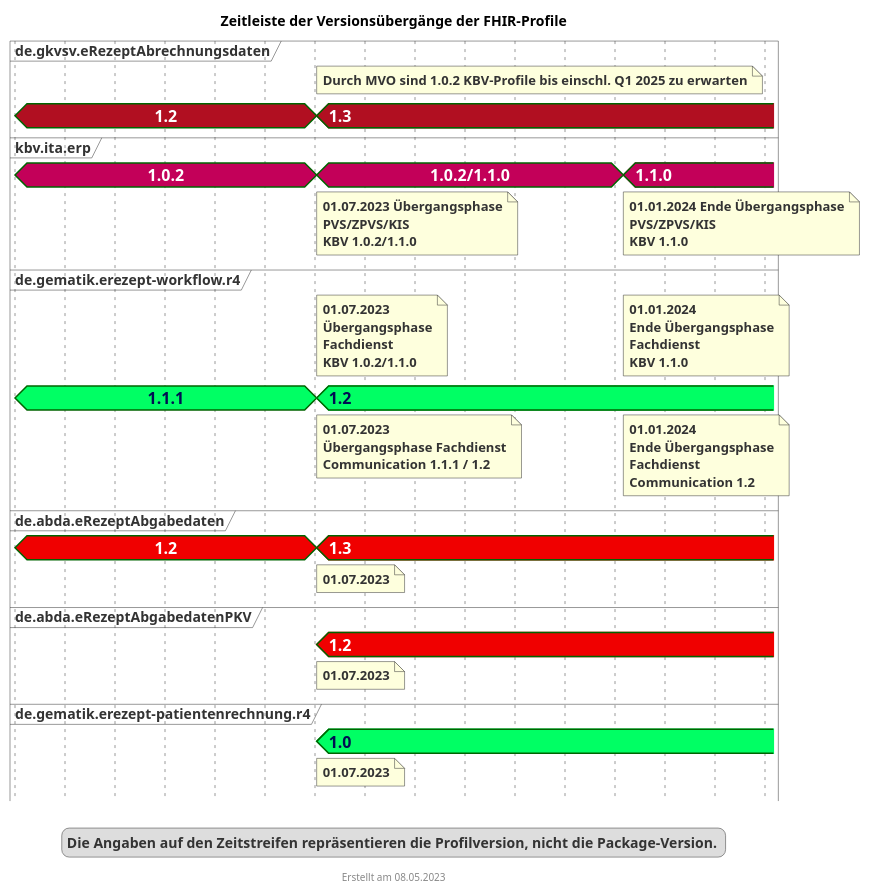
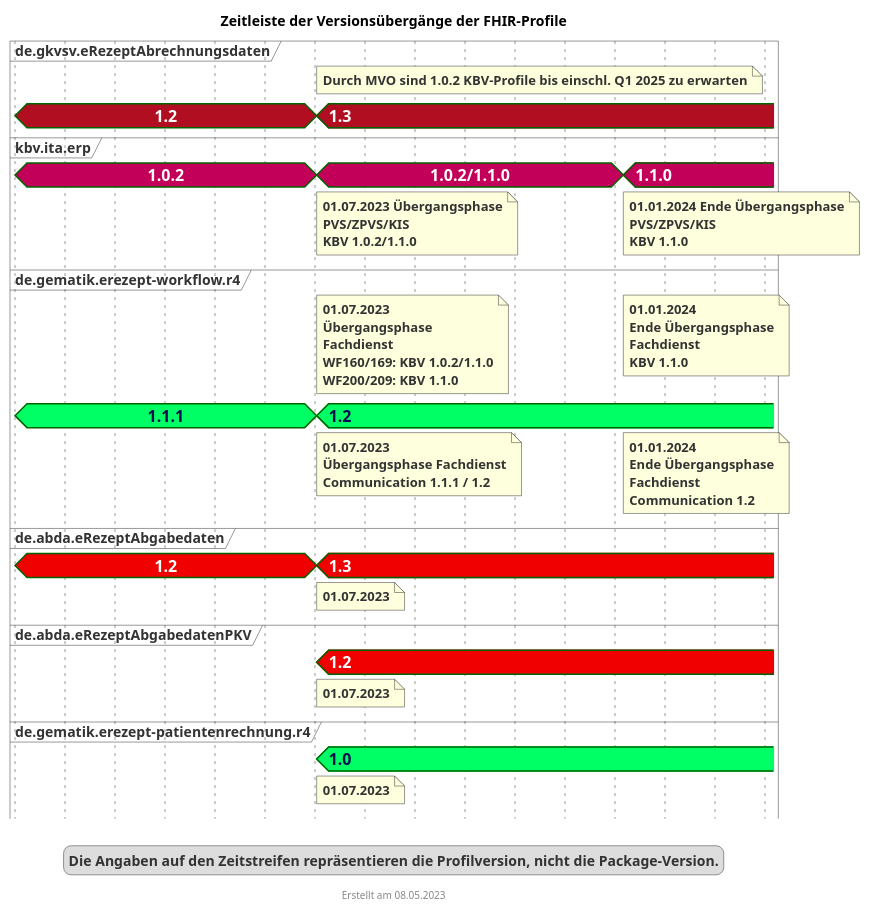
The diagram in puml/fhir_version_timeline.puml (gematik/api-erp), drawn with PlantUML before and after one commit. The commit also changed 1 other file, not shown here.

```diff
--- a/puml/fhir_version_timeline.puml
+++ b/puml/fhir_version_timeline.puml
@@ -1,79 +1,79 @@
 @startuml fhir_version_timeline
 <style>
 timingDiagram {
   .kbvcolor {
     FontColor #ffffff
     Fontsize 16
     FontStyle bold
     Backgroundcolor #c30059
   }
   .gematikcolor {
     FontColor #000e52
     Fontsize 16
     FontStyle bold
     Backgroundcolor #00ff64
   }
   .davcolor {
     FontColor #ffffff
     Fontsize 16
     FontStyle bold
     BackgroundColor #f00000
   }
   .gkvcolor {
     FontColor #ffffff
     Fontsize 16
     FontStyle bold
     BackgroundColor #b10f21
   }
 }
 </style>
 title Zeitleiste der Versionsübergänge der FHIR-Profile
 footer Erstellt am 08.05.2023
 
 
 concise "de.gkvsv.eRezeptAbrechnungsdaten" as GKV <<gkvcolor>>
 concise "kbv.ita.erp" as KBV <<kbvcolor>>
 concise "de.gematik.erezept-workflow.r4" as gematik <<gematikcolor>>
 concise "de.abda.eRezeptAbgabedaten" as DAV <<davcolor>>
 concise "de.abda.eRezeptAbgabedatenPKV" as PKV <<davcolor>>
 concise "de.gematik.erezept-patientenrechnung.r4" as gematikpkv <<gematikcolor>>
 
 
 '30 days is scaled to 50 pixels
 scale 2592000 as 50 pixels
 hide time-axis
 
 @2023/01/01
 GKV is 1.2
 KBV is 1.0.2
 DAV is 1.2
 gematik is 1.1.1
 
 @2023/07/01
 note bottom of KBV : 01.07.2023 Übergangsphase\nPVS/ZPVS/KIS\nKBV 1.0.2/1.1.0
 note bottom of PKV : 01.07.2023
-note top of gematik : 01.07.2023\nÜbergangsphase\nFachdienst\nKBV 1.0.2/1.1.0
+note top of gematik : 01.07.2023\nÜbergangsphase\nFachdienst\nWF160/169: KBV 1.0.2/1.1.0\nWF200/209: KBV 1.1.0
 note bottom of gematik : 01.07.2023\nÜbergangsphase Fachdienst\nCommunication 1.1.1 / 1.2
 note bottom of gematikpkv : 01.07.2023
 note bottom of DAV : 01.07.2023
 note top of GKV : Durch MVO sind 1.0.2 KBV-Profile bis einschl. Q1 2025 zu erwarten
 KBV is "1.0.2/1.1.0"
 gematik is 1.2
 gematikpkv is 1.0
 DAV is 1.3
 PKV is 1.2
 GKV is 1.3
 
 @2024/01/01
 note bottom of KBV : 01.01.2024 Ende Übergangsphase\nPVS/ZPVS/KIS\nKBV 1.1.0
 note top of gematik : 01.01.2024\nEnde Übergangsphase\nFachdienst\nKBV 1.1.0
 note bottom of gematik : 01.01.2024\nEnde Übergangsphase\nFachdienst\nCommunication 1.2
 KBV is 1.1.0
 
 @2024/03/01
 
-legend 
-Die Angaben auf den Zeitstreifen repräsentieren die Profilversion, nicht die Package-Version. 
+legend
+Die Angaben auf den Zeitstreifen repräsentieren die Profilversion, nicht die Package-Version.
 end legend
 
 @enduml
```
